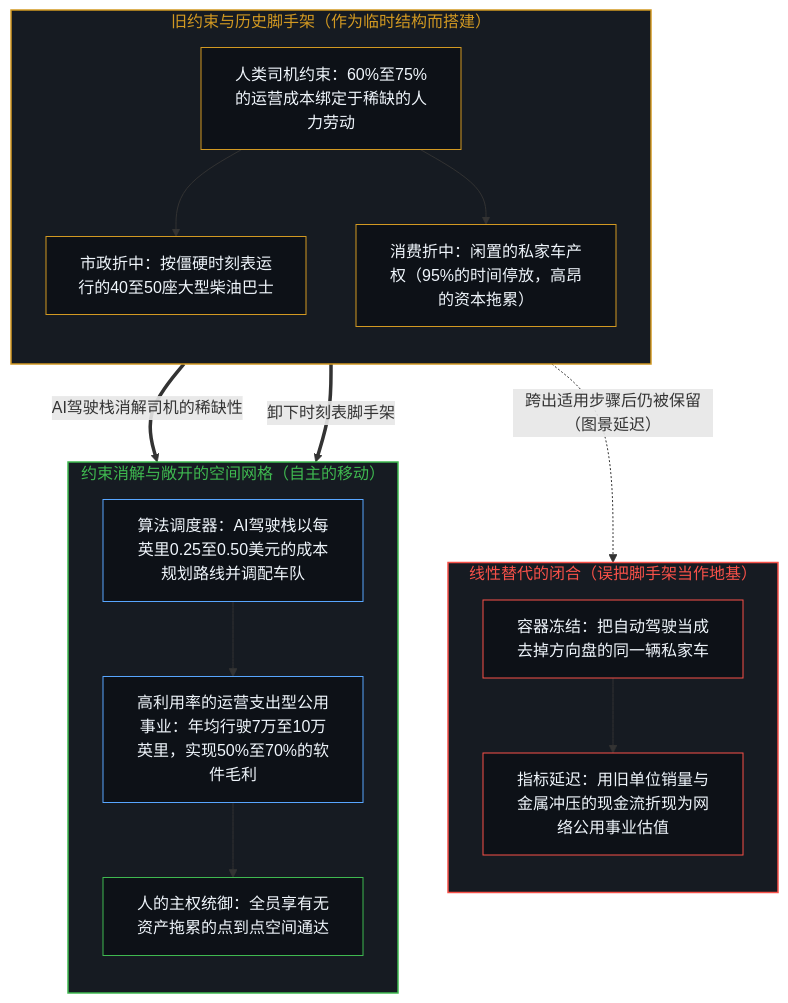
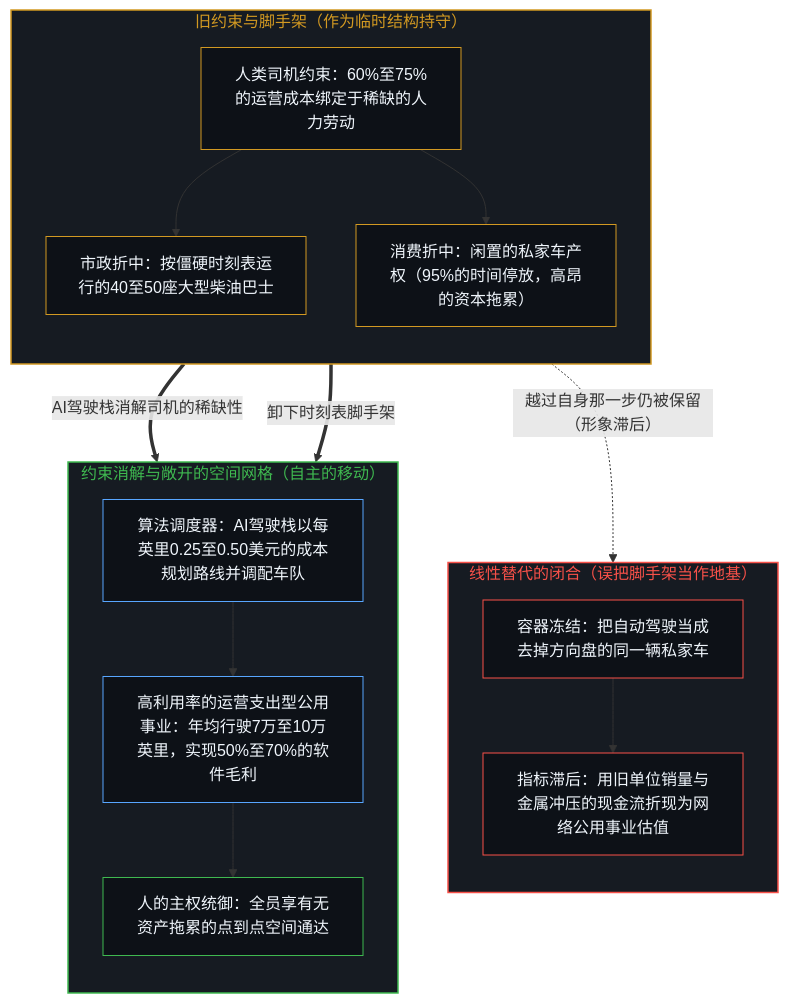
The first of 2 diagrams in content/posts/non-definitive-forecast-of-a-possible-fully-autonomous-transportation-future.md (powerpig99/not-a-toe), drawn with Mermaid before and after one commit. The commit also changed other lines of this file and 5 other files, not shown here.

````diff
--- a/content/posts/non-definitive-forecast-of-a-possible-fully-autonomous-transportation-future.md
+++ b/content/posts/non-definitive-forecast-of-a-possible-fully-autonomous-transportation-future.md
@@ -21,42 +21,38 @@
 ```mermaid
 flowchart TD
-    subgraph S_Con["旧约束与历史脚手架（作为临时结构而搭建）"]
+    subgraph S_Con["旧约束与脚手架（作为临时结构持守）"]
         direction TB
         K1["人类司机约束：60%至75%的运营成本绑定于稀缺的人力劳动"]
         P1["市政折中：按僵硬时刻表运行的40至50座大型柴油巴士"]
         P2["消费折中：闲置的私家车产权（95%的时间停放，高昂的资本拖累）"]
         K1 --> P1
         K1 --> P2
     end
-
     subgraph S_Closed["线性替代的闭合（误把脚手架当作地基）"]
         direction TB
         L1["容器冻结：把自动驾驶当成去掉方向盘的同一辆私家车"]
-        L2["指标延迟：用旧单位销量与金属冲压的现金流折现为网络公用事业估值"]
+        L2["指标滞后：用旧单位销量与金属冲压的现金流折现为网络公用事业估值"]
         L1 --> L2
     end
-
     subgraph S_Open["约束消解与敞开的空间网格（自主的移动）"]
         direction TB
         G1["算法调度器：AI驾驶栈以每英里0.25至0.50美元的成本规划路线并调配车队"]
         G2["高利用率的运营支出型公用事业：年均行驶7万至10万英里，实现50%至70%的软件毛利"]
         G3["人的主权统御：全员享有无资产拖累的点到点空间通达"]
         G1 --> G2 --> G3
     end
-
-    P2 -.->|"跨出适用步骤后仍被保留（图景延迟）"| L1
+    P2 -.->|"越过自身那一步仍被保留（形象滞后）"| L1
     K1 ==>|"AI驾驶栈消解司机的稀缺性"| G1
     P1 ==>|"卸下时刻表脚手架"| G1
-
     style S_Con fill:#161b22,stroke:#d29922,stroke-width:1.5px,color:#d29922
     style S_Closed fill:#161b22,stroke:#f85149,stroke-width:1.5px,color:#f85149
     style S_Open fill:#161b22,stroke:#3fb950,stroke-width:1.5px,color:#3fb950
     style K1 fill:#0d1117,stroke:#d29922,stroke-width:1px,color:#f0f6fc
     style P1 fill:#0d1117,stroke:#d29922,stroke-width:1px,color:#f0f6fc
     style P2 fill:#0d1117,stroke:#d29922,stroke-width:1px,color:#f0f6fc
     style L1 fill:#0d1117,stroke:#f85149,stroke-width:1px,color:#f0f6fc
     style L2 fill:#0d1117,stroke:#f85149,stroke-width:1px,color:#f0f6fc
     style G1 fill:#0d1117,stroke:#58a6ff,stroke-width:1px,color:#f0f6fc
     style G2 fill:#0d1117,stroke:#58a6ff,stroke-width:1px,color:#f0f6fc
     style G3 fill:#0d1117,stroke:#3fb950,stroke-width:1px,color:#f0f6fc
 ```
````
